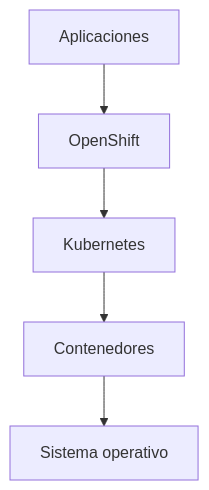
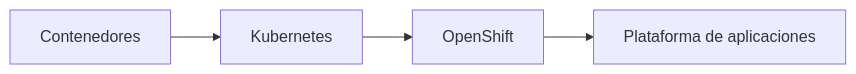
One commit to ieftraining/curso-openshift changed the first of 8 diagrams in docs/sesion1/1.4 que añade openshift.md. Above: the diagram before and after it, drawn with Mermaid. The commit also changed other lines of this file, not shown here.

````diff
--- a/docs/sesion1/1.4 que añade openshift.md
+++ b/docs/sesion1/1.4 que añade openshift.md
@@ -22,8 +24,6 @@
 ```mermaid
-flowchart TD
-    A[Aplicaciones]
-    --> B[OpenShift]
-    --> C[Kubernetes]
-    --> D[Contenedores]
-    --> E[Sistema operativo]
+flowchart LR
+    A[Contenedores] --> B[Kubernetes]
+    B --> C[OpenShift]
+    C --> D[Plataforma de aplicaciones]
 ```
````
